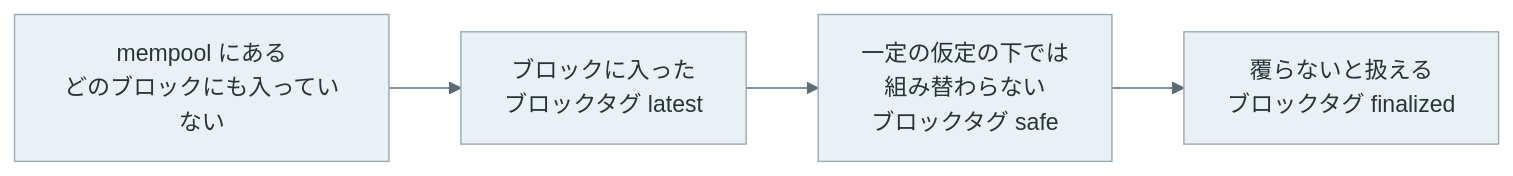
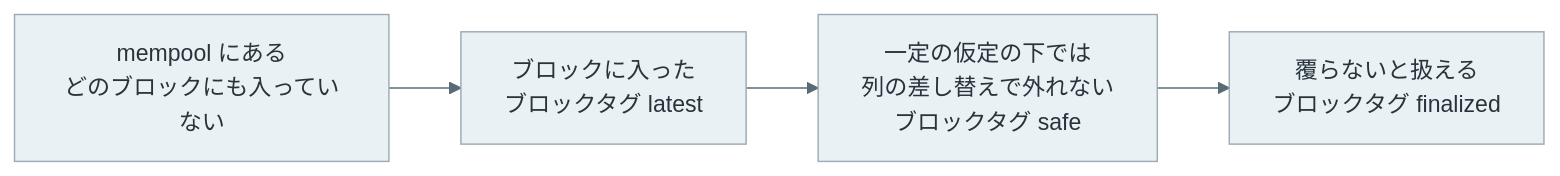
The first of 9 diagrams in content/notes/blockchain-systems/finality/index.md (nao1215/debimate), drawn with Mermaid before and after one commit. The commit also changed other lines of this file and 56 other files, not shown here.

````diff
--- a/content/notes/blockchain-systems/finality/index.md
+++ b/content/notes/blockchain-systems/finality/index.md
@@ -16,8 +17,8 @@
 ```mermaid
 %%{init: {"theme":"base","themeVariables":{"primaryColor":"#eaf1f5","primaryTextColor":"#28343b","primaryBorderColor":"#9cabb5","lineColor":"#596b76","textColor":"#28343b","actorBkg":"#eaf1f5","actorBorder":"#9cabb5","actorTextColor":"#28343b","actorLineColor":"#9cabb5","signalColor":"#596b76","signalTextColor":"#28343b","noteBkgColor":"#f7f1e5","noteBorderColor":"#c5b99b","noteTextColor":"#403c32","activationBkgColor":"#edf3ef","activationBorderColor":"#9aafa1"}}}%%
 flowchart LR
     M["mempool にある<br/>どのブロックにも入っていない"] --> L["ブロックに入った<br/>ブロックタグ latest"]
-    L --> S["一定の仮定の下では<br/>組み替わらない<br/>ブロックタグ safe"]
+    L --> S["一定の仮定の下では<br/>列の差し替えで外れない<br/>ブロックタグ safe"]
     S --> F["覆らないと扱える<br/>ブロックタグ finalized"]
     classDef default fill:#eaf1f5,stroke:#9cabb5,color:#28343b;
 ```
````
